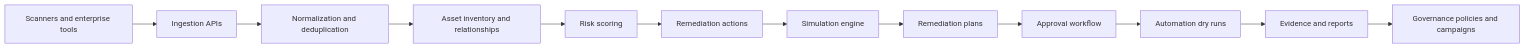
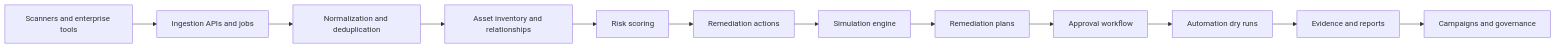
The diagram in README.md (mayanklau/Remediation-Simulation-and-Orchestration-Platform), drawn with Mermaid before and after one commit. The commit also changed other lines of this file and 8 other files, not shown here.

````diff
--- a/README.md
+++ b/README.md
@@ -76,14 +111,14 @@
 ```mermaid
 flowchart LR
-  scanners["Scanners and enterprise tools"] --> ingest["Ingestion APIs"]
+  scanners["Scanners and enterprise tools"] --> ingest["Ingestion APIs and jobs"]
   ingest --> normalize["Normalization and deduplication"]
   normalize --> assets["Asset inventory and relationships"]
   assets --> risk["Risk scoring"]
   risk --> actions["Remediation actions"]
   actions --> simulations["Simulation engine"]
   simulations --> plans["Remediation plans"]
   plans --> workflow["Approval workflow"]
   workflow --> automation["Automation dry runs"]
   automation --> evidence["Evidence and reports"]
-  evidence --> governance["Governance policies and campaigns"]
+  evidence --> campaigns["Campaigns and governance"]
 ```
````
